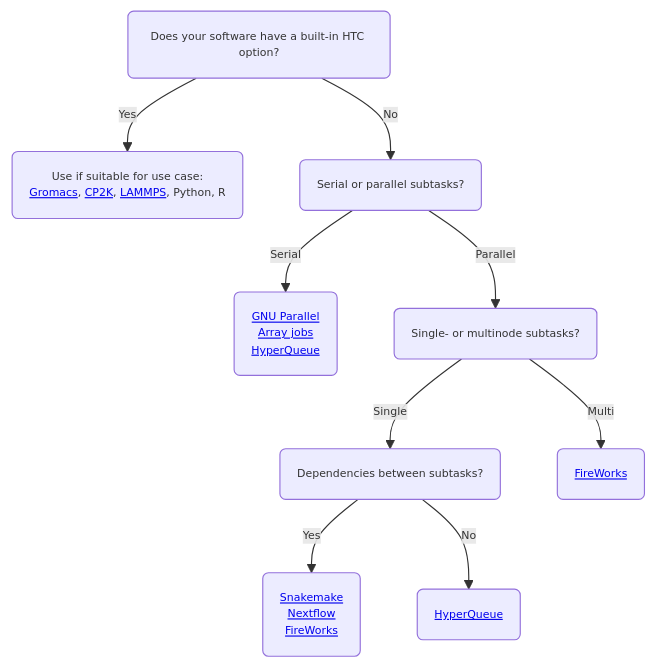
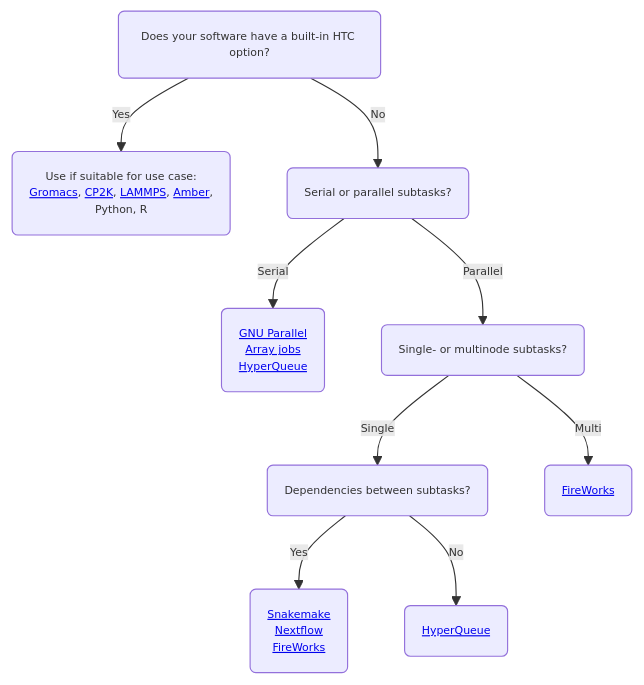
The first of 2 diagrams in docs/computing/running/throughput.md (CSCfi/csc-user-guide), drawn with Mermaid before and after one commit. The commit also changed other lines of this file and 2 other files, not shown here.

Commit message:
Add LUMI documentation for Amber (#1532)
* Add LUMI documentation for Amber

* edits

* add throughput

* add throughput

* fix header

* typos

````diff
--- a/docs/computing/running/throughput.md
+++ b/docs/computing/running/throughput.md
@@ -53,12 +53,12 @@
 ```mermaid
 %%{init: {'theme': 'default', 'themeVariables': { 'fontSize': '0.6rem'}}}%%
 graph TD
-    C(Does your software have a built-in HTC option?) -->|Yes| D("Use if suitable for use case:<br><a href='/apps/gromacs/#high-throughput-computing-with-gromacs'>Gromacs</a>, <a href='/apps/cp2k/#high-throughput-computing-with-cp2k'>CP2K</a>, <a href='/apps/lammps/#high-throughput-computing-with-lammps'>LAMMPS</a>, Python, R ")
+    C(Does your software have a built-in HTC option?) -->|Yes| D("Use if suitable for use case:<br><a href='/apps/gromacs/#high-throughput-computing-with-gromacs'>Gromacs</a>, <a href='/apps/cp2k/#high-throughput-computing-with-cp2k'>CP2K</a>, <a href='/apps/lammps/#high-throughput-computing-with-lammps'>LAMMPS</a>, <a href='/apps/amber/#high-throughput-computing-with-amber'>Amber</a>,<br> Python, R ")
     C -->|No| E(Serial or parallel subtasks?)
     E -->|Serial| F(<a href='/support/tutorials/many/'>GNU Parallel</a><br><a href='/computing/running/array-jobs/'>Array jobs</a><br><a href='/apps/hyperqueue/'>HyperQueue</a>)
     E -->|Parallel| G(Single- or multinode subtasks?)
     G -->|Single| H(Dependencies between subtasks?)
     G -->|Multi| I(<a href='/computing/running/fireworks/'>FireWorks</a>)
     H -->|Yes| J(<a href='https://snakemake.readthedocs.io/en/stable/'>Snakemake</a><br><a href='/support/tutorials/nextflow-puhti/'>Nextflow</a><br><a href='/computing/running/fireworks/'>FireWorks</a>)
     H -->|No| K(<a href='/apps/hyperqueue/'>HyperQueue</a>)
 ```
````
